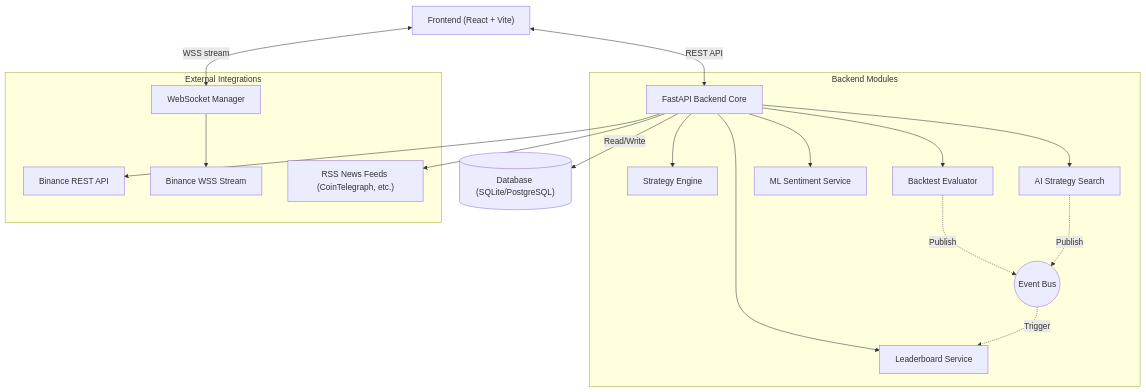
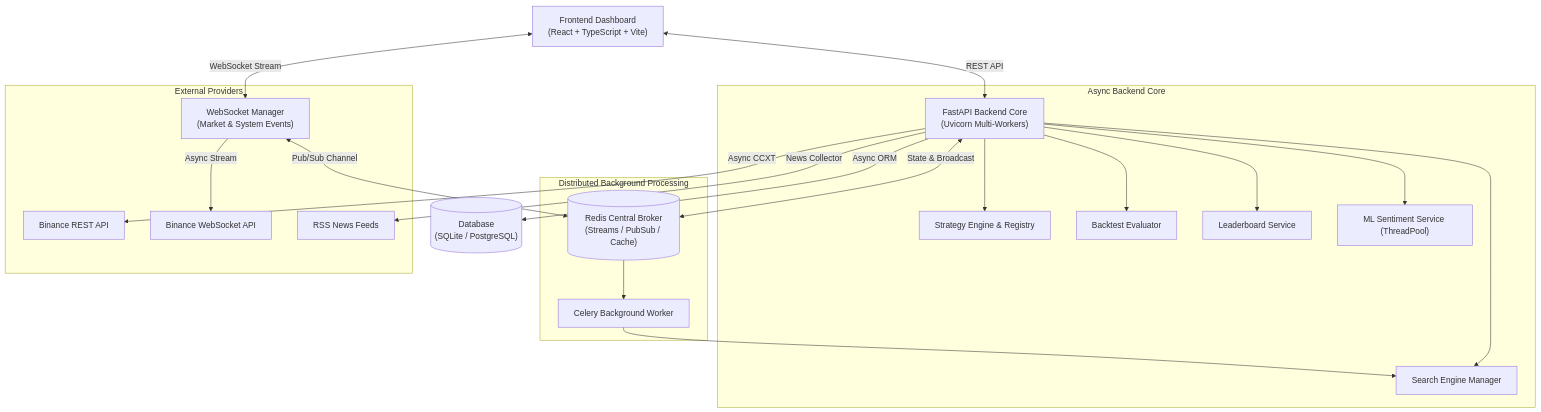
Before and after one commit to ngnam2012/KTPM-crypto-project: the diagram in README.md, drawn with Mermaid. The commit also changed other lines of this file and 15 other files, not shown here.

Commit message:
refactor(backend): fix event loop blocking, multi-worker state, add celery background tasks, pydantic models and tests

````diff
--- a/README.md
+++ b/README.md
@@ -18,32 +29,35 @@
 ```mermaid
 graph TD
-    UI["Frontend (React + Vite)"]
-    API["FastAPI Backend Core"]
-    WS["WebSocket Manager"]
-    DB[("Database (SQLite/PostgreSQL)")]
-    
+    UI["Frontend Dashboard<br/>(React + TypeScript + Vite)"]
+    API["FastAPI Backend Core<br/>(Uvicorn Multi-Workers)"]
+    WS["WebSocket Manager<br/>(Market & System Events)"]
+    DB[("Database<br/>(SQLite / PostgreSQL)")]
+    Redis[("Redis Central Broker<br/>(Streams / PubSub / Cache)")]
+
     UI <-->|REST API| API
-    UI <-->|WSS stream| WS
-    
-    API -->|Read/Write| DB
-    
-    subgraph "Backend Modules"
-        API --> Engine["Strategy Engine"]
-        API --> Backtest["Backtest Evaluator"]
+    UI <-->|WebSocket Stream| WS
+
+    API -->|Async ORM| DB
+    API <-->|State & Broadcast| Redis
+    WS <-->|Pub/Sub Channel| Redis
+
+    subgraph "Async Backend Core"
+        API --> Engine["Strategy Engine & Registry"]
+        API --> Evaluator["Backtest Evaluator"]
         API --> Leaderboard["Leaderboard Service"]
-        API --> ML["ML Sentiment Service"]
-        API --> Search["AI Strategy Search"]
-        
-        EventBus(("Event Bus"))
-        
-        Backtest -.->|Publish| EventBus
-        Search -.->|Publish| EventBus
-        EventBus -.->|Trigger| Leaderboard
+        API --> ML["ML Sentiment Service (ThreadPool)"]
+        API --> Search["Search Engine Manager"]
     end
-    
-    subgraph "External Integrations"
-        API --> Binance["Binance REST API"]
-        WS --> BinanceWS["Binance WSS Stream"]
-        API --> RSS["RSS News Feeds (CoinTelegraph, etc.)"]
+
+    subgraph "Distributed Background Processing"
+        CeleryWorker["Celery Background Worker"]
+        Redis --> CeleryWorker
+        CeleryWorker --> Search
+    end
+
+    subgraph "External Providers"
+        API -->|Async CCXT| Binance["Binance REST API"]
+        WS -->|Async Stream| BinanceWS["Binance WebSocket API"]
+        API -->|News Collector| RSS["RSS News Feeds"]
     end
 ```
````
